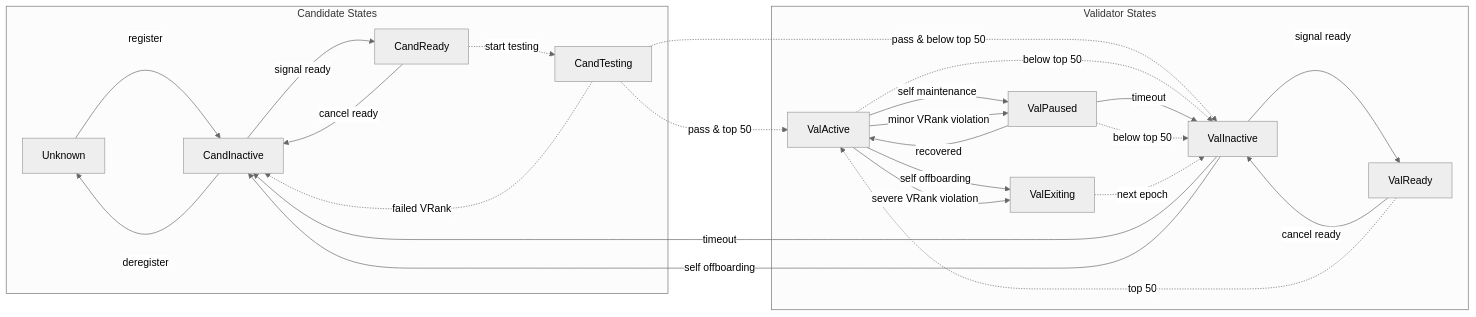
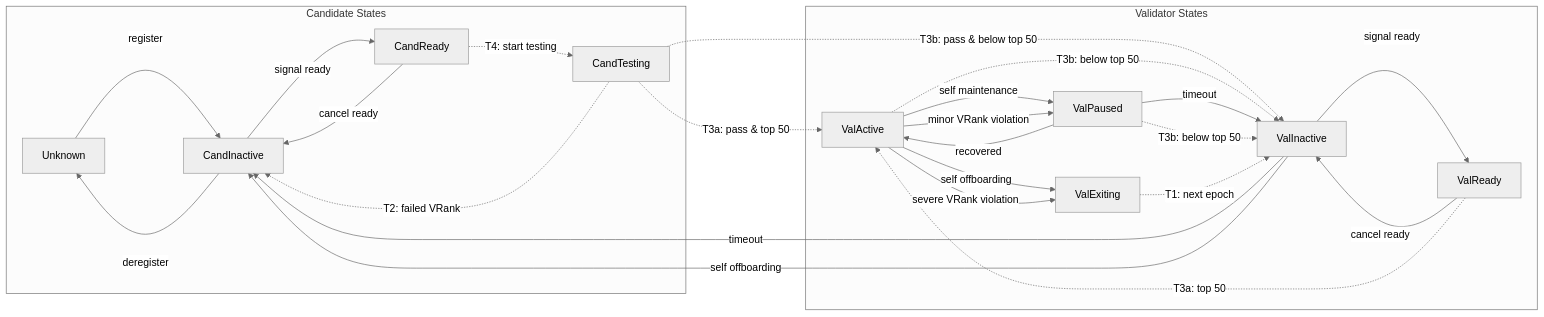
Before and after one commit to kaiachain/kips: the diagram in KIPs/kip-286.md, drawn with Mermaid (neutral theme). The commit also changed other lines of this file, not shown here.

Commit message:
Add epoch transition

````diff
--- a/KIPs/kip-286.md
+++ b/KIPs/kip-286.md
@@ -117,49 +206,49 @@
 ```mermaid
 flowchart LR
     subgraph Candidates["Candidate States"]
         Unknown
         CandInactive
         CandReady
         CandTesting
     end
 
     subgraph Validators["Validator States"]
         ValInactive
         ValReady
         ValActive
         ValPaused
         ValExiting
     end
 
     %% Registration & Deregistration
     Unknown -->|"register"| CandInactive
     CandInactive -->|"deregister"| Unknown
 
     %% Candidate Lifecycle
     CandInactive -->|"signal ready"| CandReady
     CandReady -->|"cancel ready"| CandInactive
-    CandReady -.->|"start testing"| CandTesting
-    CandTesting -.->|"failed VRank"| CandInactive
-    CandTesting -.->|"pass & top 50"| ValActive
-    CandTesting -.->|"pass & below top 50"| ValInactive
+    CandReady -.->|"T4: start testing"| CandTesting
+    CandTesting -.->|"T2: failed VRank"| CandInactive
+    CandTesting -.->|"T3a: pass & top 50"| ValActive
+    CandTesting -.->|"T3b: pass & below top 50"| ValInactive
 
     %% Validator Active Set
-    ValActive -.->|"below top 50"| ValInactive
+    ValActive -.->|"T3b: below top 50"| ValInactive
     ValInactive -->|"signal ready"| ValReady
     ValReady -->|"cancel ready"| ValInactive
-    ValReady -.->|"top 50"| ValActive
+    ValReady -.->|"T3a: top 50"| ValActive
 
     %% Maintenance & Recovery
     ValActive -->|"self maintenance"| ValPaused
     ValActive -->|"minor VRank violation"| ValPaused
     ValPaused -->|"recovered"| ValActive
     ValPaused -->|"timeout"| ValInactive
-    ValPaused -.->|"below top 50"| ValInactive
+    ValPaused -.->|"T3b: below top 50"| ValInactive
 
     %% Exit & Offboarding
     ValActive -->|"self offboarding"| ValExiting
     ValActive -->|"severe VRank violation"| ValExiting
-    ValExiting -.->|"next epoch"| ValInactive
+    ValExiting -.->|"T1: next epoch"| ValInactive
     ValInactive -->|"timeout"| CandInactive
     ValInactive -->|"self offboarding"| CandInactive
 ```
````
